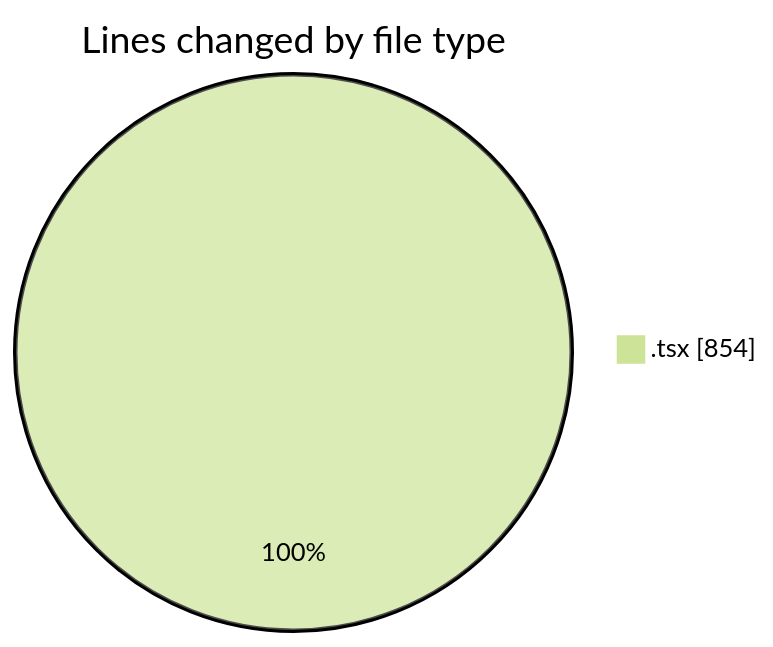
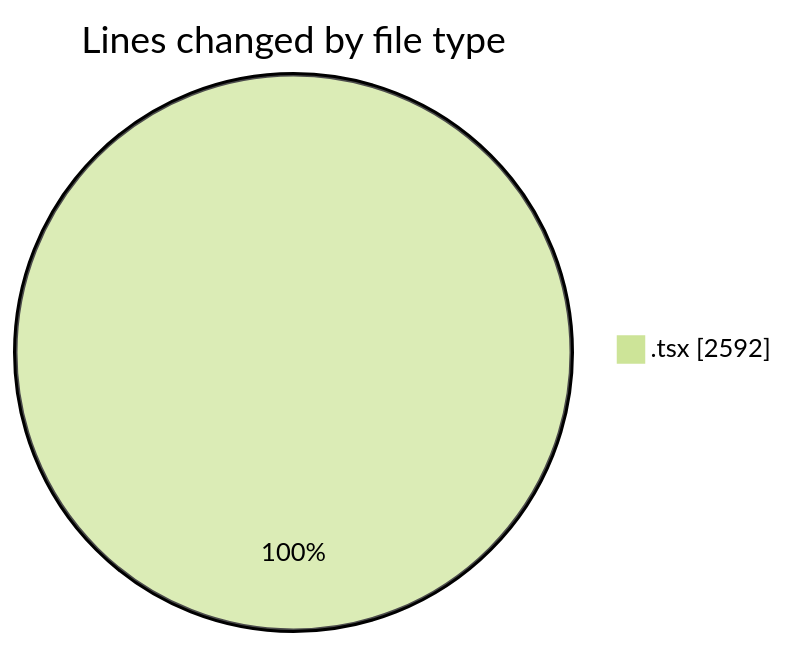
The first of 2 diagrams in 2026-04-23/nxtqube_webapp/README.md (nxtqubesakshisongat/code-tracking), drawn with Mermaid (forest theme) before and after one commit. The commit also changed other lines of this file and 1 other file, not shown here.

````diff
--- a/2026-04-23/nxtqube_webapp/README.md
+++ b/2026-04-23/nxtqube_webapp/README.md
@@ -20,5 +21,5 @@
 ```mermaid
 pie showData
 title Lines changed by file type
-".tsx" : 854
+".tsx" : 2592
 ```
````
